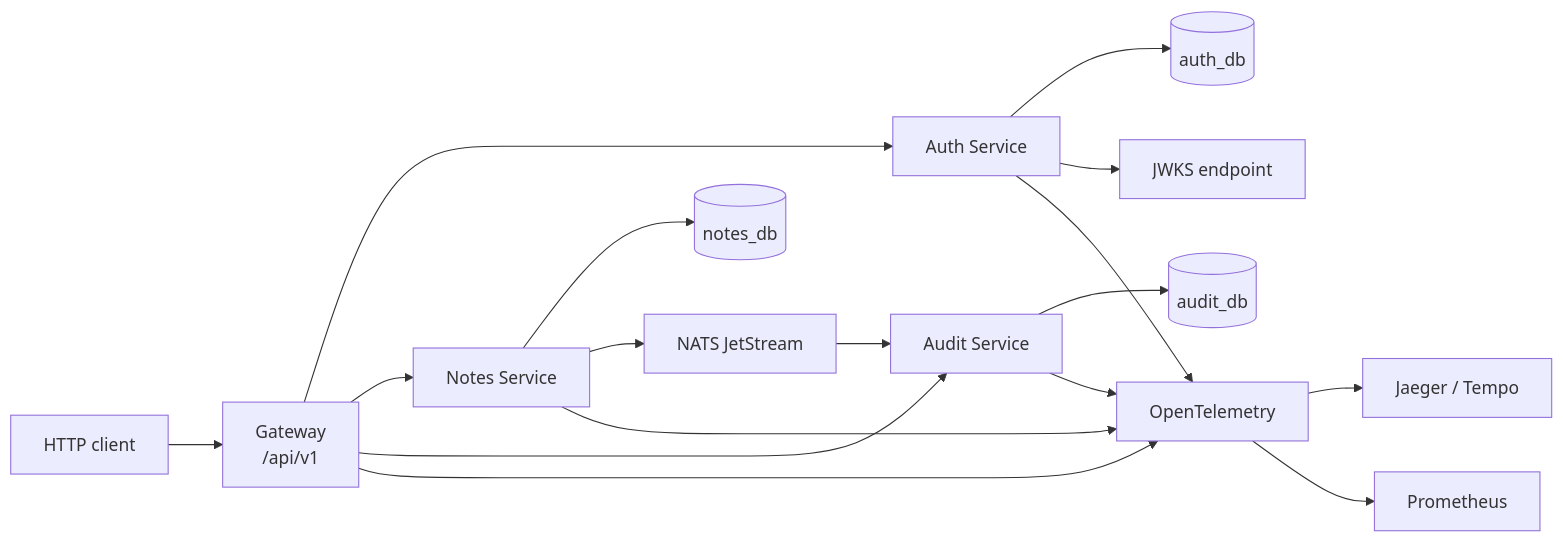
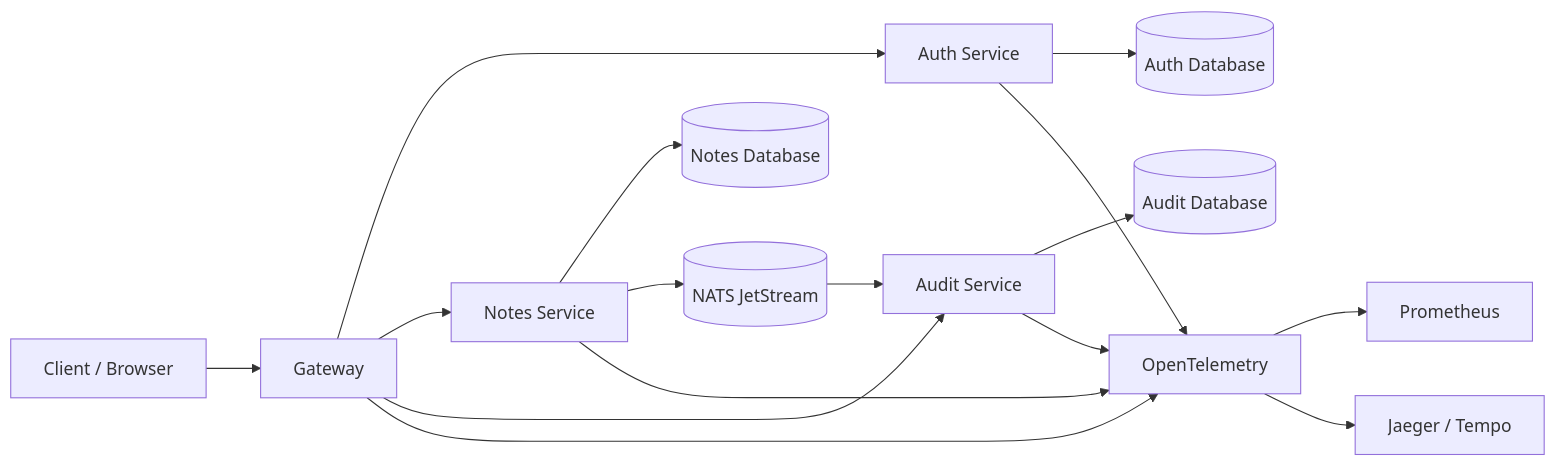
One commit to everestp/go-microservice-starter changed the diagram in README.md. Above: the diagram before and after it, drawn with Mermaid. The commit also changed other lines of this file and 4 other files, not shown here.

````diff
--- a/README.md
+++ b/README.md
@@ -47,20 +30,21 @@
 ```mermaid
 flowchart LR
-  Client[HTTP client] --> GW[Gateway
-  /api/v1]
-  GW --> AUTH[Auth Service]
-  GW --> NOTES[Notes Service]
-  GW --> AUDIT[Audit Service]
-  AUTH --> DB1[(auth_db)]
-  NOTES --> DB2[(notes_db)]
-  AUDIT --> DB3[(audit_db)]
-  NOTES --> NATS[NATS JetStream]
-  NATS --> AUDIT
-  AUTH --> JWKS[JWKS endpoint]
-  GW --> OTEL[OpenTelemetry]
-  AUTH --> OTEL
-  NOTES --> OTEL
-  AUDIT --> OTEL
-  OTEL --> JAEGER[Jaeger / Tempo]
-  OTEL --> PROM[Prometheus]
+    Client[Client / Browser] --> Gateway[Gateway]
+    Gateway --> Auth[Auth Service]
+    Gateway --> Notes[Notes Service]
+    Gateway --> Audit[Audit Service]
+
+    Auth --> AuthDB[(Auth Database)]
+    Notes --> NotesDB[(Notes Database)]
+    Audit --> AuditDB[(Audit Database)]
+
+    Notes --> NATS[(NATS JetStream)]
+    NATS --> Audit
+
+    Gateway --> OTEL[OpenTelemetry]
+    Auth --> OTEL
+    Notes --> OTEL
+    Audit --> OTEL
+    OTEL --> Prometheus[Prometheus]
+    OTEL --> Jaeger[Jaeger / Tempo]
 ```
````
